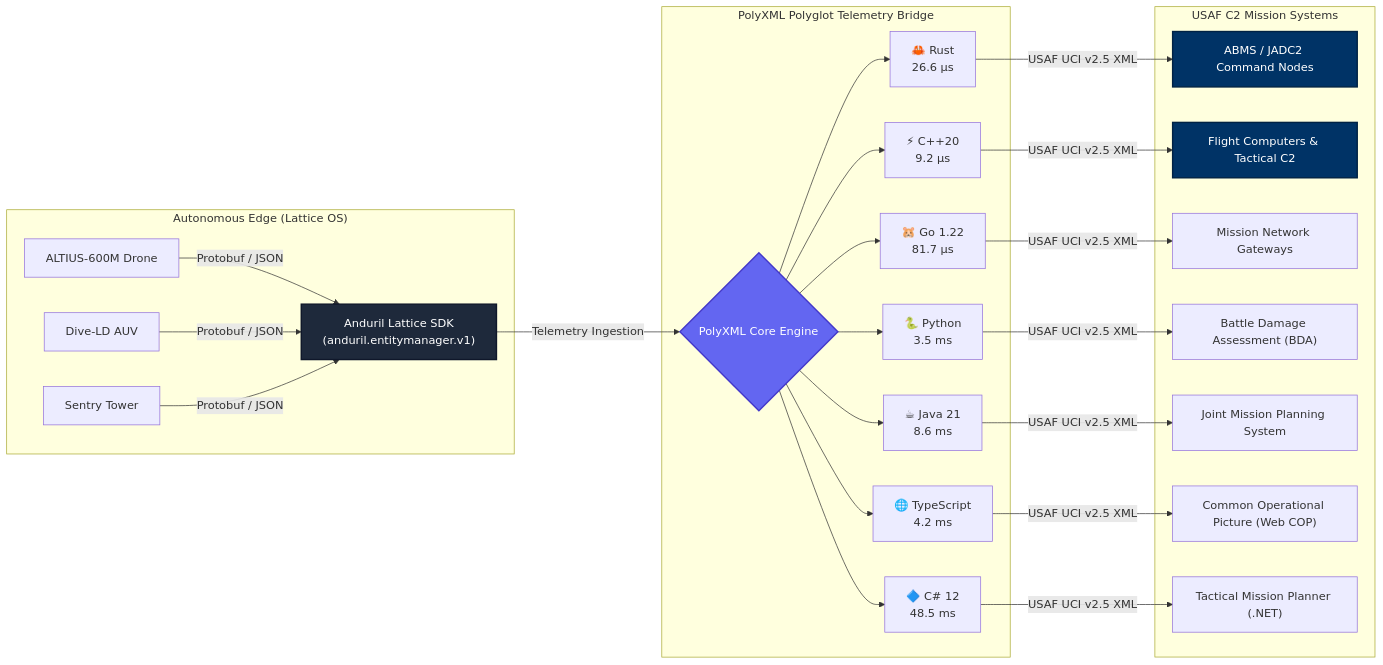
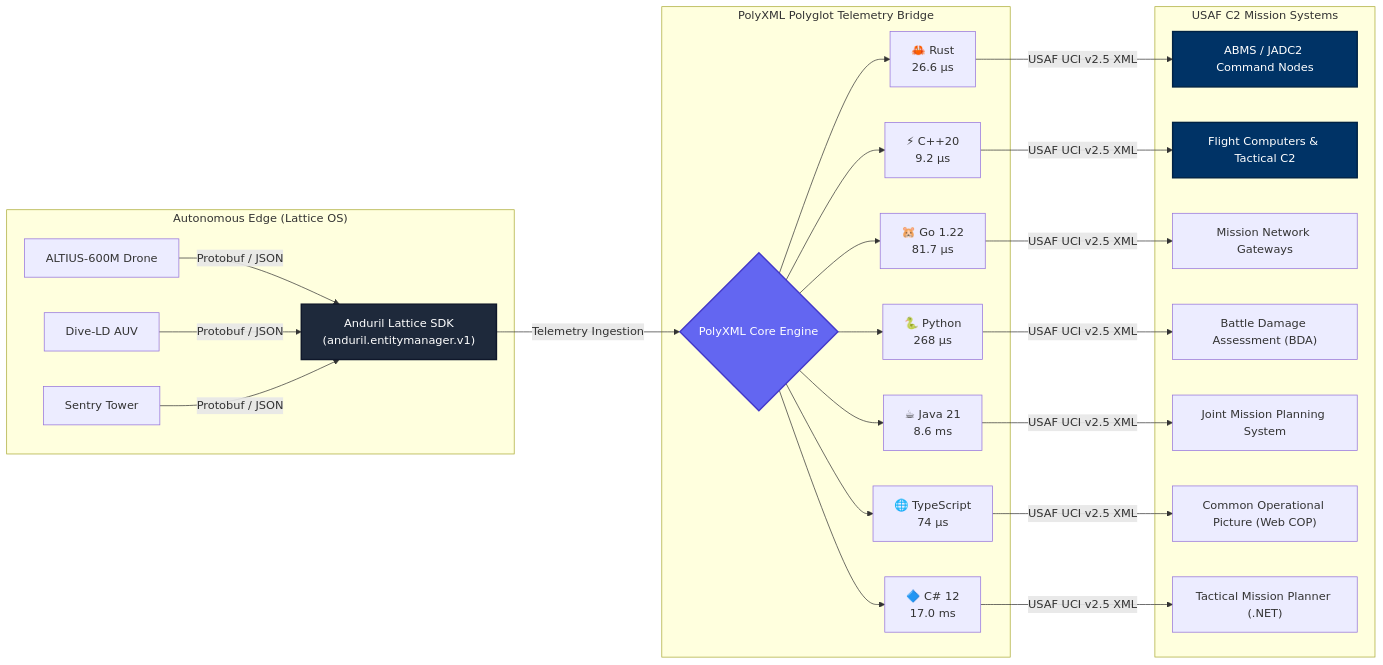
Before and after one commit to nth-bailey/polyxml-defense-examples: the first of 2 diagrams in README.md, drawn with Mermaid. The commit also changed other lines of this file and 7 other files, not shown here.

````diff
--- a/README.md
+++ b/README.md
@@ -59,34 +61,34 @@
 ```mermaid
 flowchart LR
     subgraph "Autonomous Edge (Lattice OS)"
         L1["ALTIUS-600M Drone"] -->|Protobuf / JSON| LSDK["Anduril Lattice SDK<br/>(anduril.entitymanager.v1)"]
         L2["Dive-LD AUV"] -->|Protobuf / JSON| LSDK
         L3["Sentry Tower"] -->|Protobuf / JSON| LSDK
     end
 
     subgraph "PolyXML Polyglot Telemetry Bridge"
         LSDK -->|Telemetry Ingestion| BRIDGE{"PolyXML Core Engine"}
         BRIDGE --> RUST["🦀 Rust<br/>26.6 μs"]
         BRIDGE --> CPP["⚡ C++20<br/>9.2 μs"]
         BRIDGE --> GO["🐹 Go 1.22<br/>81.7 μs"]
-        BRIDGE --> PY["🐍 Python<br/>3.5 ms"]
+        BRIDGE --> PY["🐍 Python<br/>268 μs"]
         BRIDGE --> JAVA["☕ Java 21<br/>8.6 ms"]
-        BRIDGE --> TS["🌐 TypeScript<br/>4.2 ms"]
-        BRIDGE --> CS["🔷 C# 12<br/>48.5 ms"]
+        BRIDGE --> TS["🌐 TypeScript<br/>74 μs"]
+        BRIDGE --> CS["🔷 C# 12<br/>17.0 ms"]
     end
 
     subgraph "USAF C2 Mission Systems"
         RUST -->|USAF UCI v2.5 XML| C2["ABMS / JADC2 Command Nodes"]
         CPP -->|USAF UCI v2.5 XML| AVIONICS["Flight Computers & Tactical C2"]
         GO -->|USAF UCI v2.5 XML| GW["Mission Network Gateways"]
         PY -->|USAF UCI v2.5 XML| ANALYTICS["Battle Damage Assessment (BDA)"]
         JAVA -->|USAF UCI v2.5 XML| ENTERPRISE["Joint Mission Planning System"]
         TS -->|USAF UCI v2.5 XML| COP["Common Operational Picture (Web COP)"]
         CS -->|USAF UCI v2.5 XML| PLANNER["Tactical Mission Planner (.NET)"]
     end
 
     style BRIDGE fill:#6366f1,stroke:#4338ca,stroke-width:2px,color:#fff
     style LSDK fill:#1e293b,stroke:#0f172a,stroke-width:2px,color:#fff
     style C2 fill:#003366,stroke:#002244,stroke-width:2px,color:#fff
     style AVIONICS fill:#003366,stroke:#002244,stroke-width:2px,color:#fff
 ```
````
